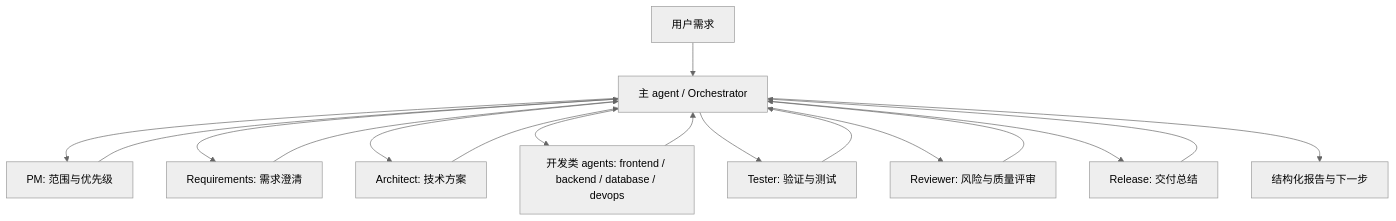
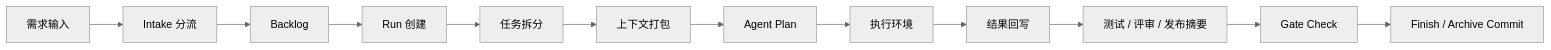
Before and after one commit to benforge/crewup-harness: the second of 2 diagrams in README.md, drawn with Mermaid (neutral theme). The commit also changed other lines of this file and 45 other files, not shown here.

````diff
--- a/README.md
+++ b/README.md
@@ -148,19 +85,14 @@
 ```mermaid
-flowchart TB
-  User["用户需求"] --> Main["主 agent / Orchestrator"]
-  Main --> PM["PM: 范围与优先级"]
-  Main --> Req["Requirements: 需求澄清"]
-  Main --> Arch["Architect: 技术方案"]
-  Main --> Dev["开发类 agents: frontend / backend / database / devops"]
-  Main --> Test["Tester: 验证与测试"]
-  Main --> Review["Reviewer: 风险与质量评审"]
-  Main --> Release["Release: 交付总结"]
-  PM --> Main
-  Req --> Main
-  Arch --> Main
-  Dev --> Main
-  Test --> Main
-  Review --> Main
-  Release --> Main
-  Main --> Report["结构化报告与下一步"]
+flowchart LR
+  A["需求输入"] --> B["Intake 分流"]
+  B --> C["Backlog"]
+  C --> D["Run 创建"]
+  D --> E["任务拆分"]
+  E --> F["上下文打包"]
+  F --> G["Agent Plan"]
+  G --> H["执行环境"]
+  H --> I["结果回写"]
+  I --> J["测试 / 评审 / 发布摘要"]
+  J --> K["Gate Check"]
+  K --> L["Finish / Archive Commit"]
 ```
````
